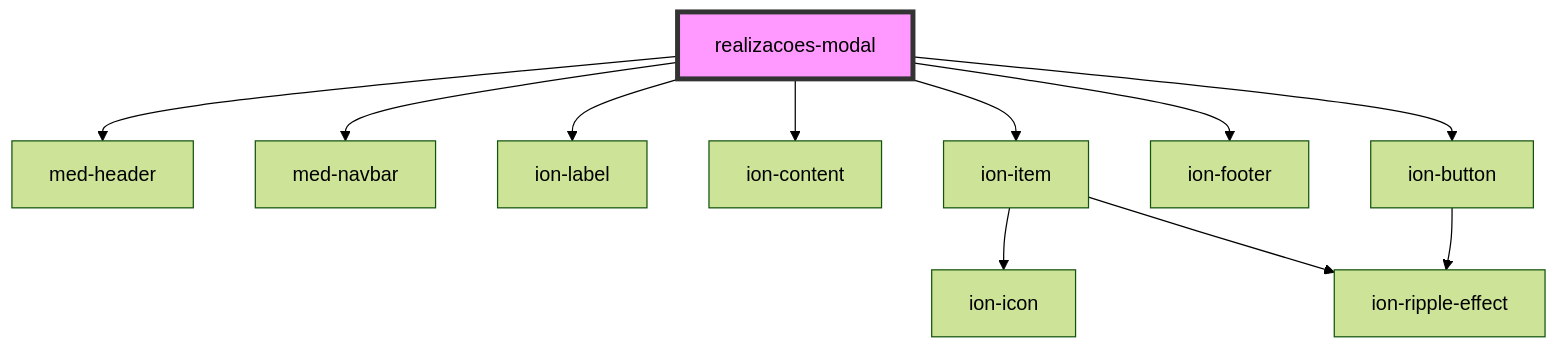
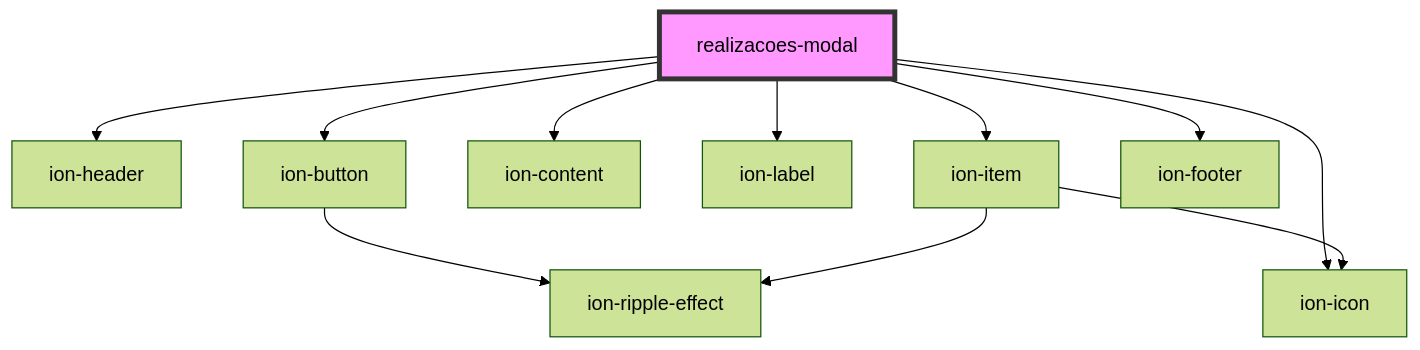
One commit to MEDGRUPOGIT/ionic-framework-1 changed the diagram in core/src/components/@templarios/ionic-1-migracao/simulados/realizacoes-modal/readme.md. Above: the diagram before and after it, drawn with Mermaid (forest theme). The commit also changed other lines of this file and 5 other files, not shown here.

````diff
--- a/core/src/components/@templarios/ionic-1-migracao/simulados/realizacoes-modal/readme.md
+++ b/core/src/components/@templarios/ionic-1-migracao/simulados/realizacoes-modal/readme.md
@@ -21,14 +21,14 @@
 ```mermaid
 graph TD;
-  realizacoes-modal --> med-header
-  realizacoes-modal --> med-navbar
+  realizacoes-modal --> ion-header
+  realizacoes-modal --> ion-button
+  realizacoes-modal --> ion-icon
+  realizacoes-modal --> ion-content
   realizacoes-modal --> ion-label
-  realizacoes-modal --> ion-content
   realizacoes-modal --> ion-item
   realizacoes-modal --> ion-footer
-  realizacoes-modal --> ion-button
+  ion-button --> ion-ripple-effect
   ion-item --> ion-icon
   ion-item --> ion-ripple-effect
-  ion-button --> ion-ripple-effect
   style realizacoes-modal fill:#f9f,stroke:#333,stroke-width:4px
 ```
````
